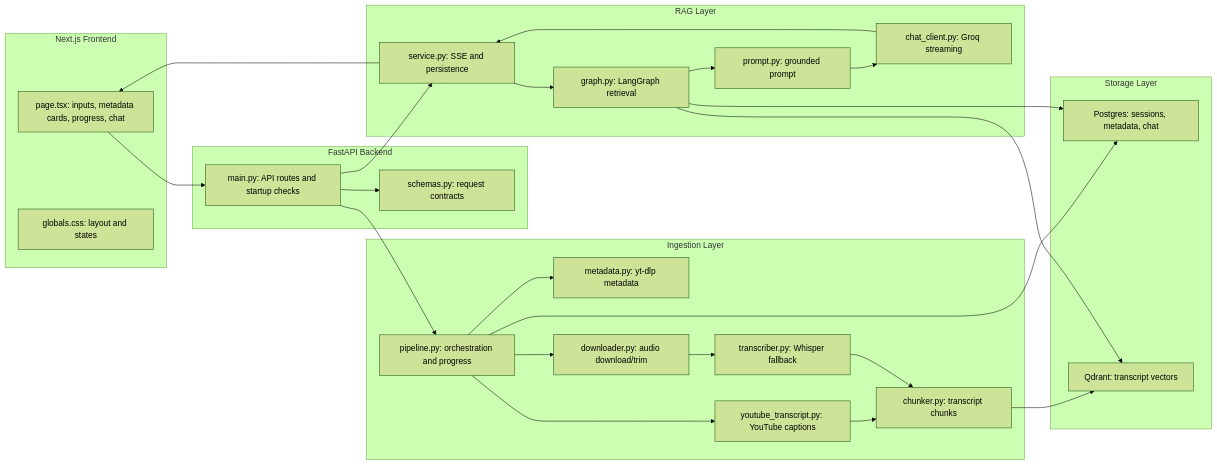
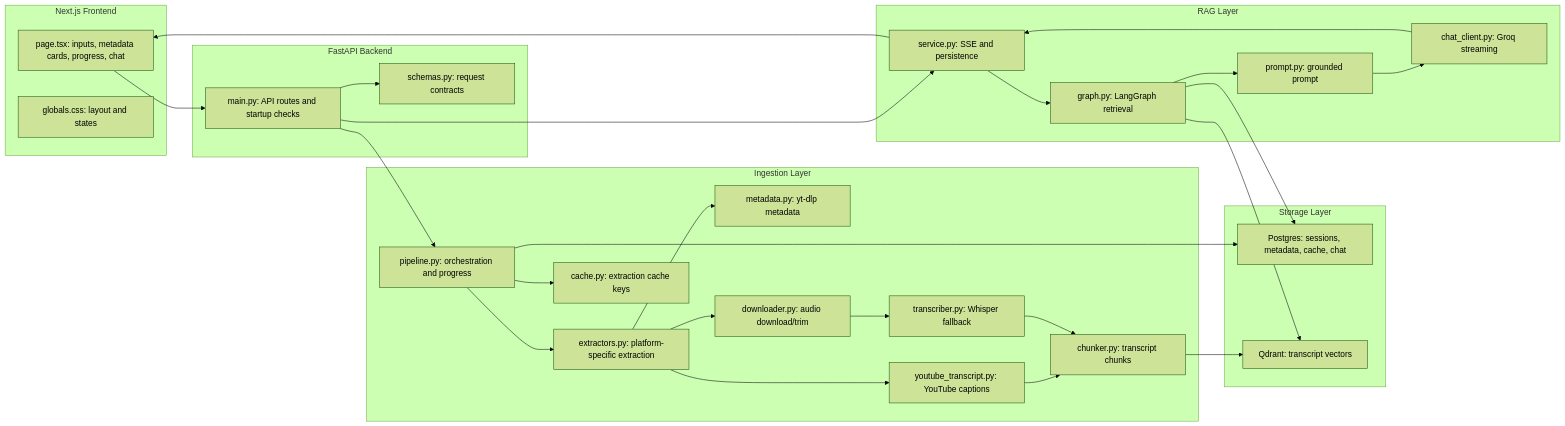
Before and after one commit to nirmaljb/CreatorGPT: the fifth of 5 diagrams in docs/phase/phase-1.md, drawn with Mermaid (forest theme). The commit also changed other lines of this file and 21 other files, not shown here.

Commit message:
feat: implement multi-video comparison support, ingestion status tracking, and structured platform-specific transcript extractors

````diff
--- a/docs/phase/phase-1.md
+++ b/docs/phase/phase-1.md
@@ -139,53 +142,57 @@
 ```mermaid
 flowchart LR
     subgraph Frontend[Next.js Frontend]
         Page[page.tsx: inputs, metadata cards, progress, chat]
         Styles[globals.css: layout and states]
     end
 
     subgraph API[FastAPI Backend]
         Main[main.py: API routes and startup checks]
         Schemas[schemas.py: request contracts]
     end
 
     subgraph Ingestion[Ingestion Layer]
+        Extractors[extractors.py: platform-specific extraction]
+        Cache[cache.py: extraction cache keys]
         Metadata[metadata.py: yt-dlp metadata]
         Captions[youtube_transcript.py: YouTube captions]
         Download[downloader.py: audio download/trim]
         Whisper[transcriber.py: Whisper fallback]
         Chunker[chunker.py: transcript chunks]
         Pipeline[pipeline.py: orchestration and progress]
     end
 
     subgraph Storage[Storage Layer]
-        Postgres[Postgres: sessions, metadata, chat]
+        Postgres[Postgres: sessions, metadata, cache, chat]
         Qdrant[Qdrant: transcript vectors]
     end
 
     subgraph RAG[RAG Layer]
         Graph[graph.py: LangGraph retrieval]
         Prompt[prompt.py: grounded prompt]
         Groq[chat_client.py: Groq streaming]
         Service[service.py: SSE and persistence]
     end
 
     Page --> Main
     Main --> Schemas
     Main --> Pipeline
-    Pipeline --> Metadata
-    Pipeline --> Captions
-    Pipeline --> Download
+    Pipeline --> Cache
+    Pipeline --> Extractors
+    Extractors --> Metadata
+    Extractors --> Captions
+    Extractors --> Download
     Download --> Whisper
     Captions --> Chunker
     Whisper --> Chunker
     Chunker --> Qdrant
     Pipeline --> Postgres
     Main --> Service
     Service --> Graph
     Graph --> Postgres
     Graph --> Qdrant
     Graph --> Prompt
     Prompt --> Groq
     Groq --> Service
     Service --> Page
 ```
````
